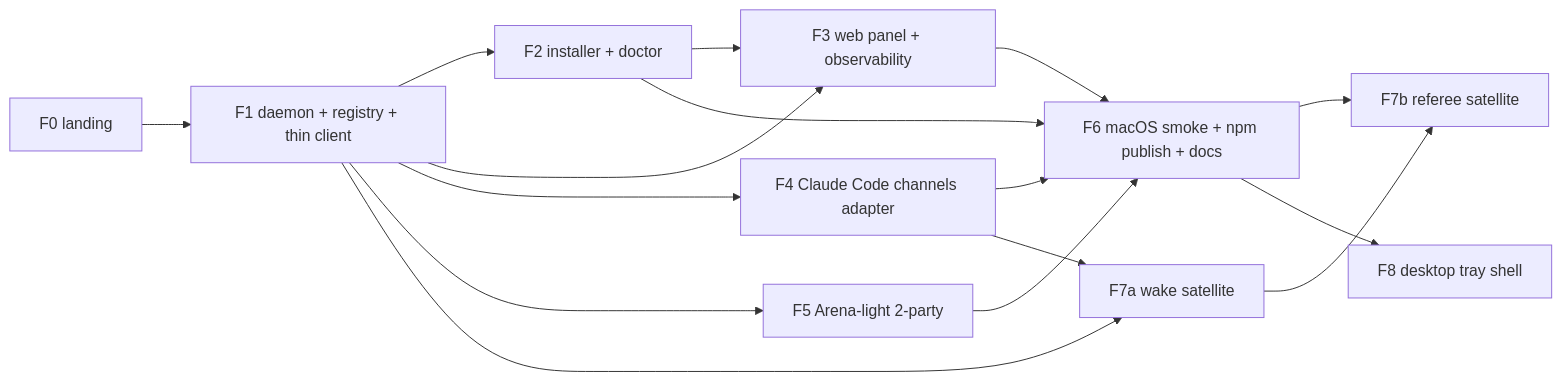
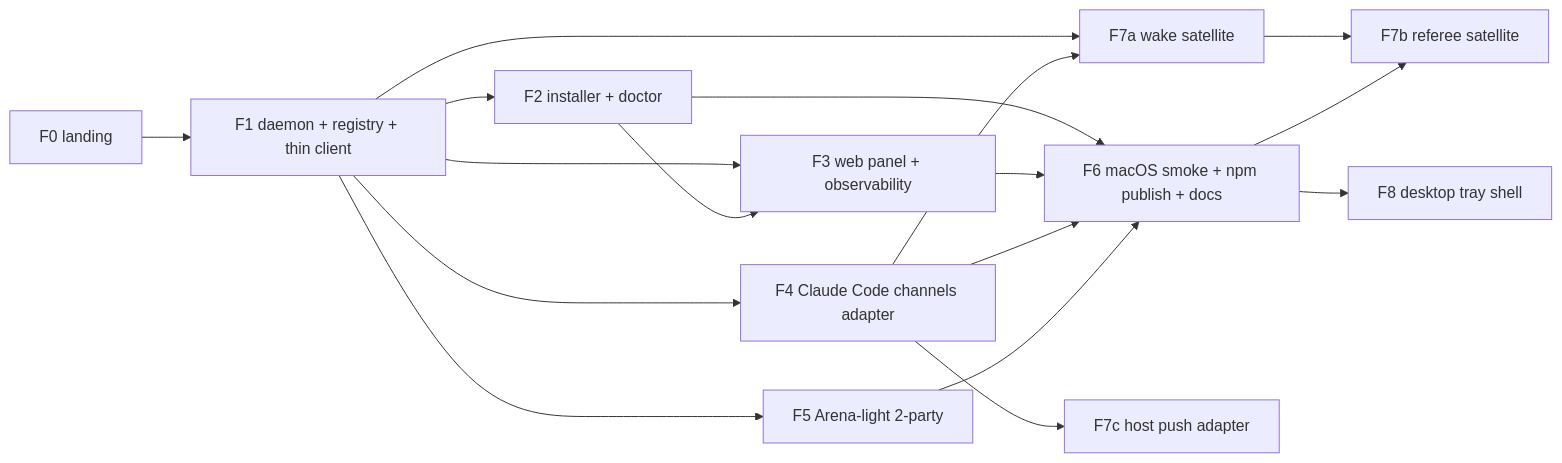
Before and after one commit to agentesinteligentesllm-oss/connmuta: the diagram in docs/07-plan/WORK-PLAN.md, drawn with Mermaid. The commit also changed other lines of this file and 4 other files, not shown here.

````diff
--- a/docs/07-plan/WORK-PLAN.md
+++ b/docs/07-plan/WORK-PLAN.md
@@ -18,18 +18,19 @@
 ```mermaid
 flowchart LR
   F0[F0 landing] --> F1[F1 daemon + registry + thin client]
   F1 --> F2[F2 installer + doctor]
   F1 --> F3[F3 web panel + observability]
   F2 --> F3
   F1 --> F4[F4 Claude Code channels adapter]
   F1 --> F5[F5 Arena-light 2-party]
   F2 --> F6[F6 macOS smoke + npm publish + docs]
   F3 --> F6
   F4 --> F6
   F5 --> F6
   F1 --> F7a[F7a wake satellite]
   F4 --> F7a
+  F4 --> F7c[F7c host push adapter]
   F7a --> F7b[F7b referee satellite]
   F6 --> F7b
   F6 --> F8[F8 desktop tray shell]
 ```
````
